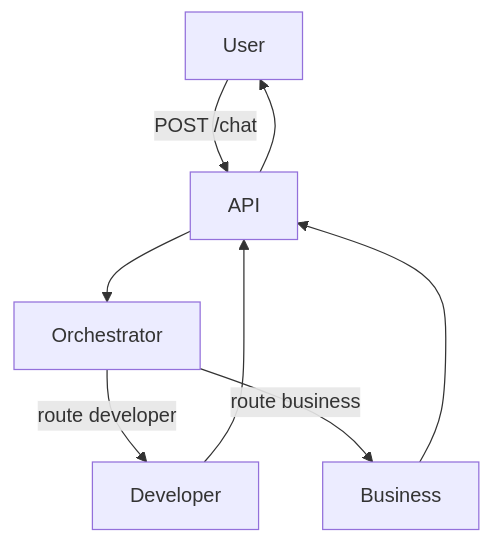
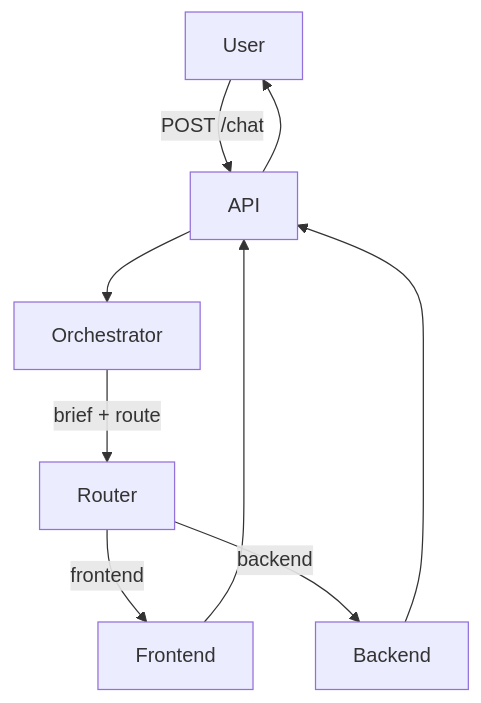
One commit to GallaGit/multiagente_platform changed the diagram in docs/fase_1/arquitectura.md. Above: the diagram before and after it, drawn with Mermaid. The commit also changed other lines of this file and 6 other files, not shown here.

Commit message:
cambiando  y  a  y , y ajustando el flujo de trabajo del Orchestrator para incluir un brief en la delegación de tareas

````diff
--- a/docs/fase_1/arquitectura.md
+++ b/docs/fase_1/arquitectura.md
@@ -5,10 +5,11 @@
 ```mermaid
 flowchart TD
   User -->|POST /chat| API
   API --> Orchestrator
-  Orchestrator -->|route developer| Developer
-  Orchestrator -->|route business| Business
-  Developer --> API
-  Business --> API
+  Orchestrator -->|"brief + route"| Router
+  Router -->|frontend| Frontend
+  Router -->|backend| Backend
+  Frontend --> API
+  Backend --> API
   API --> User
 ```
````
